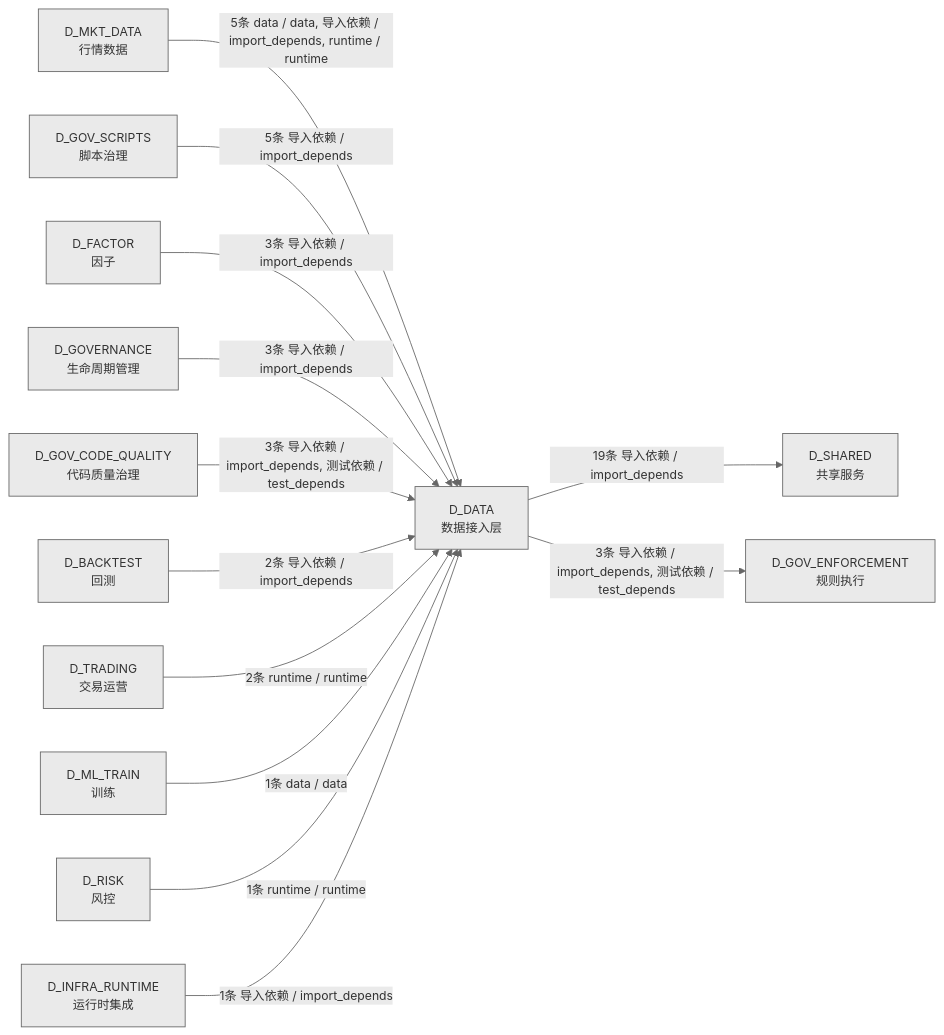
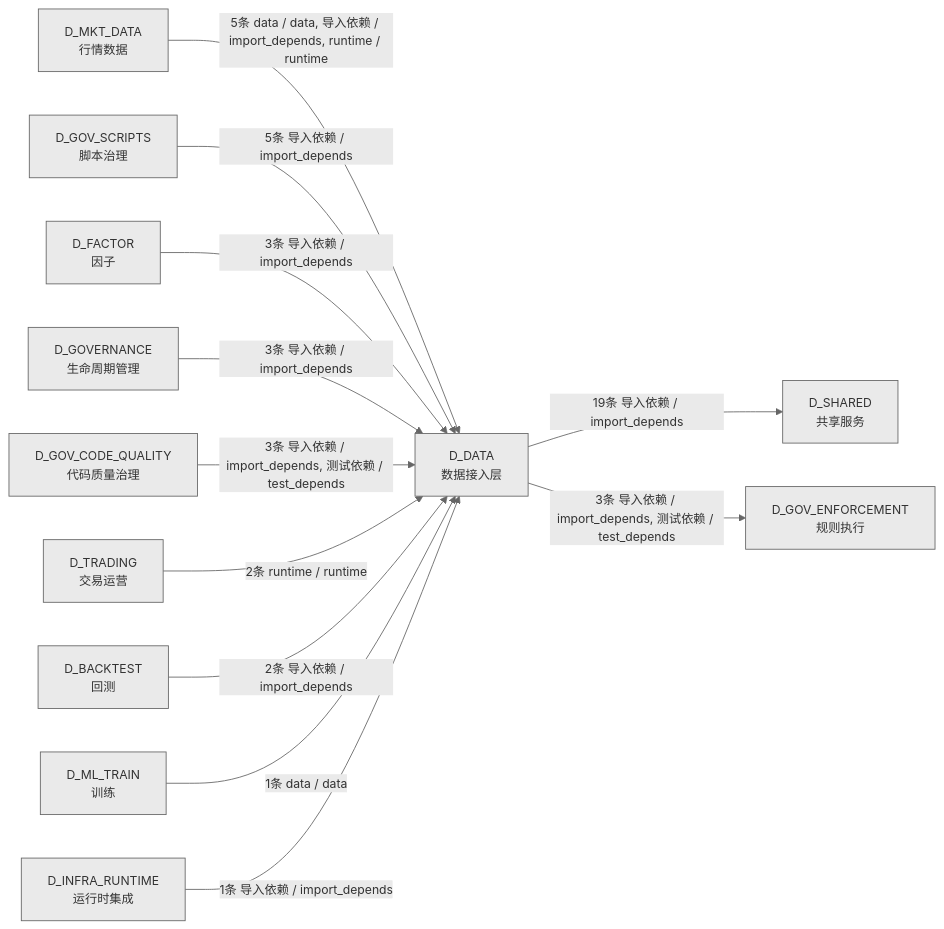
Before and after one commit to xuanFelixVan/ZephyrAlpha: the ninth of 9 diagrams in docs/02_enterprise_architecture/02_domain_architecture_docs/11_d_data.md, drawn with Mermaid. The commit also changed other lines of this file and 9 other files, not shown here.

````diff
--- a/docs/02_enterprise_architecture/02_domain_architecture_docs/11_d_data.md
+++ b/docs/02_enterprise_architecture/02_domain_architecture_docs/11_d_data.md
@@ -1490,29 +1490,27 @@
 ```mermaid
 %%{init: {'theme': 'base', 'themeVariables': {'primaryColor': '#eaeaea', 'primaryTextColor': '#333333', 'primaryBorderColor': '#666666', 'lineColor': '#666666', 'secondaryColor': '#eaeaea', 'tertiaryColor': '#eaeaea', 'fontSize': '14px'}}}%%
 graph LR
     D_DATA["D_DATA<br/>数据接入层"]
     D_SHARED["D_SHARED<br/>共享服务"]
     D_GOV_ENFORCEMENT["D_GOV_ENFORCEMENT<br/>规则执行"]
     D_MKT_DATA["D_MKT_DATA<br/>行情数据"]
     D_GOV_SCRIPTS["D_GOV_SCRIPTS<br/>脚本治理"]
     D_FACTOR["D_FACTOR<br/>因子"]
     D_GOVERNANCE["D_GOVERNANCE<br/>生命周期管理"]
     D_GOV_CODE_QUALITY["D_GOV_CODE_QUALITY<br/>代码质量治理"]
+    D_TRADING["D_TRADING<br/>交易运营"]
     D_BACKTEST["D_BACKTEST<br/>回测"]
-    D_TRADING["D_TRADING<br/>交易运营"]
     D_ML_TRAIN["D_ML_TRAIN<br/>训练"]
-    D_RISK["D_RISK<br/>风控"]
     D_INFRA_RUNTIME["D_INFRA_RUNTIME<br/>运行时集成"]
     D_DATA -->|19条 导入依赖 / import_depends| D_SHARED
     D_DATA -->|3条 导入依赖 / import_depends, 测试依赖 / test_depends| D_GOV_ENFORCEMENT
     D_MKT_DATA -->|5条 data / data, 导入依赖 / import_depends, runtime / runtime| D_DATA
     D_GOV_SCRIPTS -->|5条 导入依赖 / import_depends| D_DATA
     D_FACTOR -->|3条 导入依赖 / import_depends| D_DATA
     D_GOVERNANCE -->|3条 导入依赖 / import_depends| D_DATA
     D_GOV_CODE_QUALITY -->|3条 导入依赖 / import_depends, 测试依赖 / test_depends| D_DATA
+    D_TRADING -->|2条 runtime / runtime| D_DATA
     D_BACKTEST -->|2条 导入依赖 / import_depends| D_DATA
-    D_TRADING -->|2条 runtime / runtime| D_DATA
     D_ML_TRAIN -->|1条 data / data| D_DATA
-    D_RISK -->|1条 runtime / runtime| D_DATA
     D_INFRA_RUNTIME -->|1条 导入依赖 / import_depends| D_DATA
 ```
````
